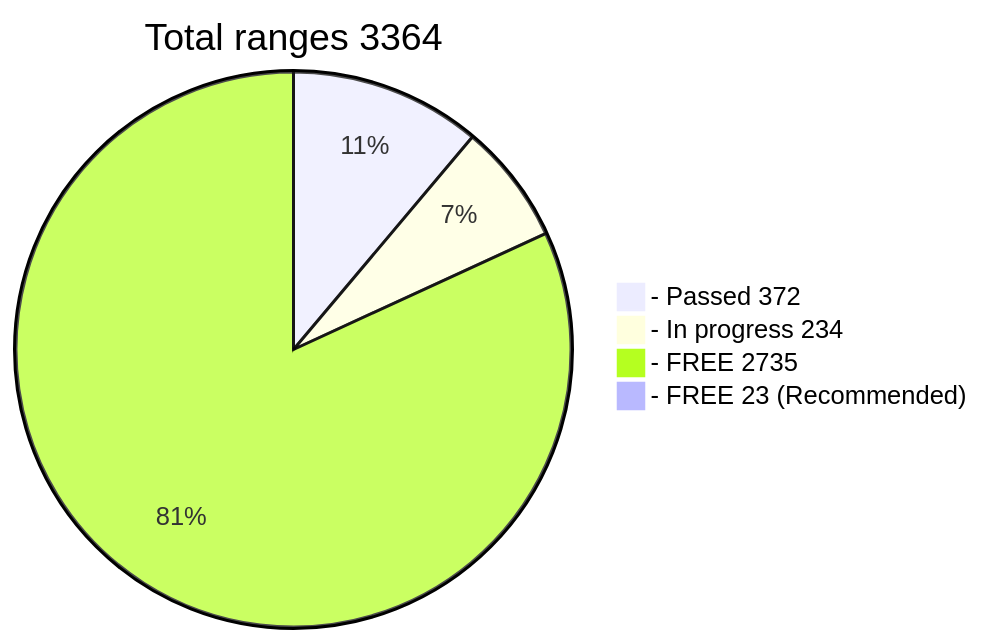
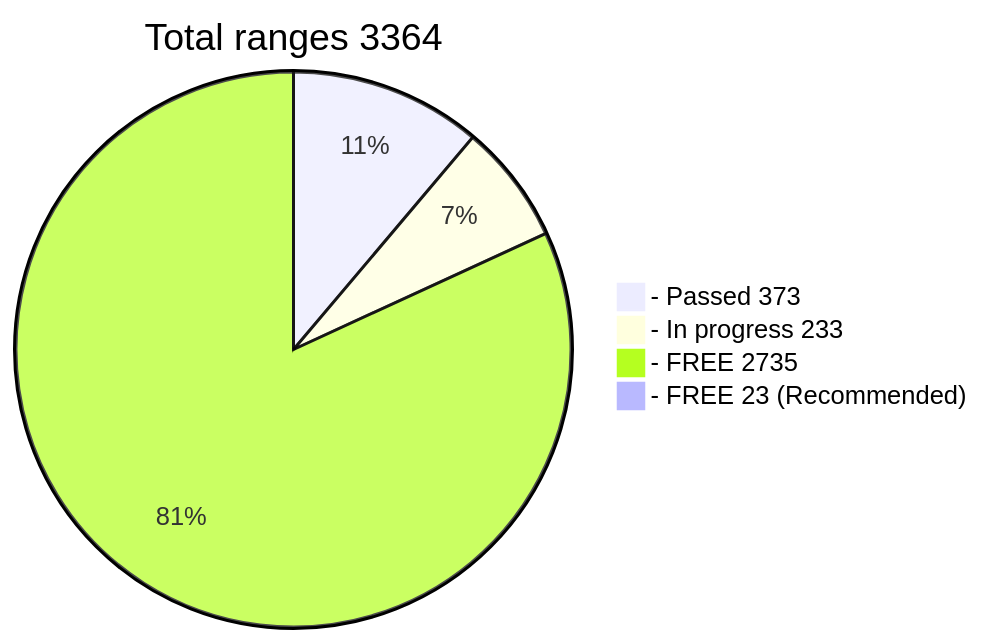
The diagram in README.md (phrutis/wif500), drawn with Mermaid before and after one commit.

````diff
--- a/README.md
+++ b/README.md
@@ -16,7 +16,7 @@
 ```mermaid
 pie title Total ranges 3364
-  "- Passed 372" : 372
-  "- In progress 234" : 234
+  "- Passed 373" : 373
+  "- In progress 233" : 233
   "- FREE 2735" : 2735
   "- FREE 23 (Recommended)" : 23
 ```
````
